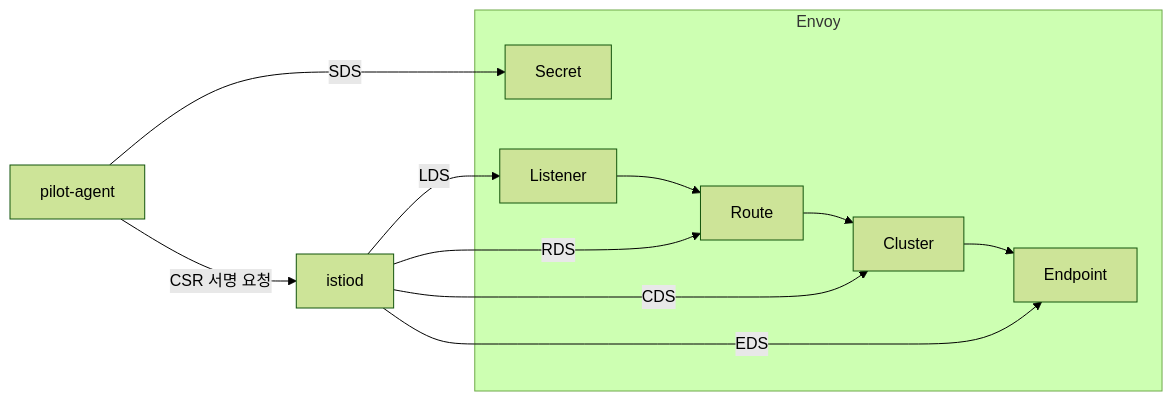
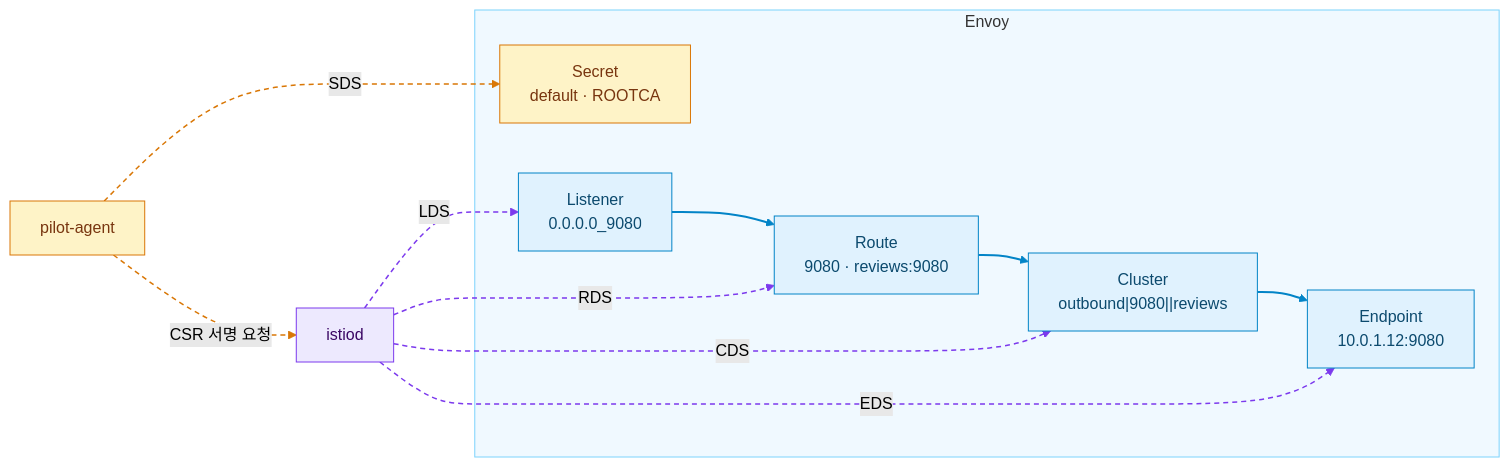
The third of 6 diagrams in content/posts/2026-09-26-istio-envoy-xds/index.md (ChanghwanK/ChanghwanK.github.io), drawn with Mermaid (forest theme) before and after one commit. The commit also changed other lines of this file, not shown here.

Commit message:
content(blog): color xDS overlay diagram and add istioctl-style examples
Color edges by path (request, xDS, certificate) and label each Envoy
resource with the name istioctl proxy-config shows for a reviews:9080
call, linking forward to the hands-on section.

````diff
--- a/content/posts/2026-09-26-istio-envoy-xds/index.md
+++ b/content/posts/2026-09-26-istio-envoy-xds/index.md
@@ -95,13 +95,25 @@
 ```mermaid
 flowchart LR
   subgraph ENVOY["Envoy"]
-    L["Listener"] --> R["Route"] --> C["Cluster"] --> E["Endpoint"]
-    S["Secret"]
+    L["Listener<br/>0.0.0.0_9080"] --> R["Route<br/>9080 · reviews:9080"] --> C["Cluster<br/>outbound|9080||reviews"] --> E["Endpoint<br/>10.0.1.12:9080"]
+    S["Secret<br/>default · ROOTCA"]
   end
   I["istiod"] -->|LDS| L
   I -->|RDS| R
   I -->|CDS| C
   I -->|EDS| E
   PA["pilot-agent"] -->|SDS| S
   PA -->|"CSR 서명 요청"| I
+
+  classDef control fill:#ede9fe,stroke:#7c3aed,color:#3b0764
+  classDef cert fill:#fef3c7,stroke:#d97706,color:#78350f
+  classDef resource fill:#e0f2fe,stroke:#0284c7,color:#0c4a6e
+  class I control
+  class PA,S cert
+  class L,R,C,E resource
+  style ENVOY fill:#f0f9ff,stroke:#7dd3fc
+
+  linkStyle 0,1,2 stroke:#0284c7,stroke-width:2px
+  linkStyle 3,4,5,6 stroke:#7c3aed,stroke-width:1.5px,stroke-dasharray:5 4
+  linkStyle 7,8 stroke:#d97706,stroke-width:1.5px,stroke-dasharray:5 4
 ```
````
